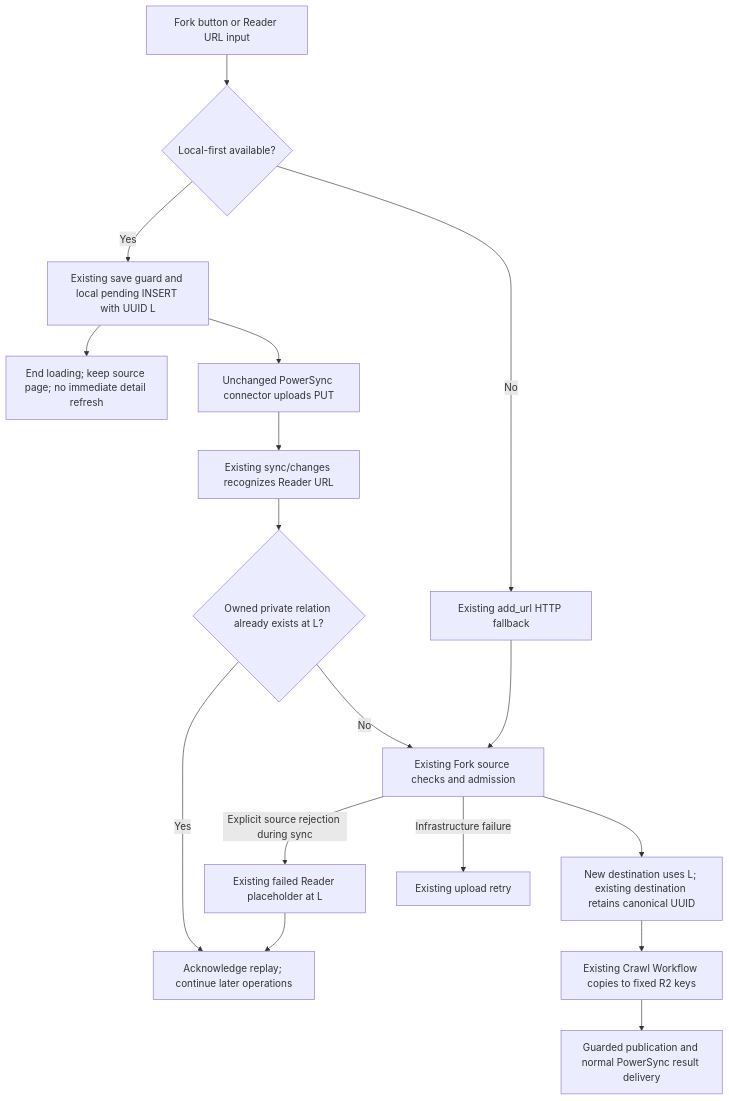
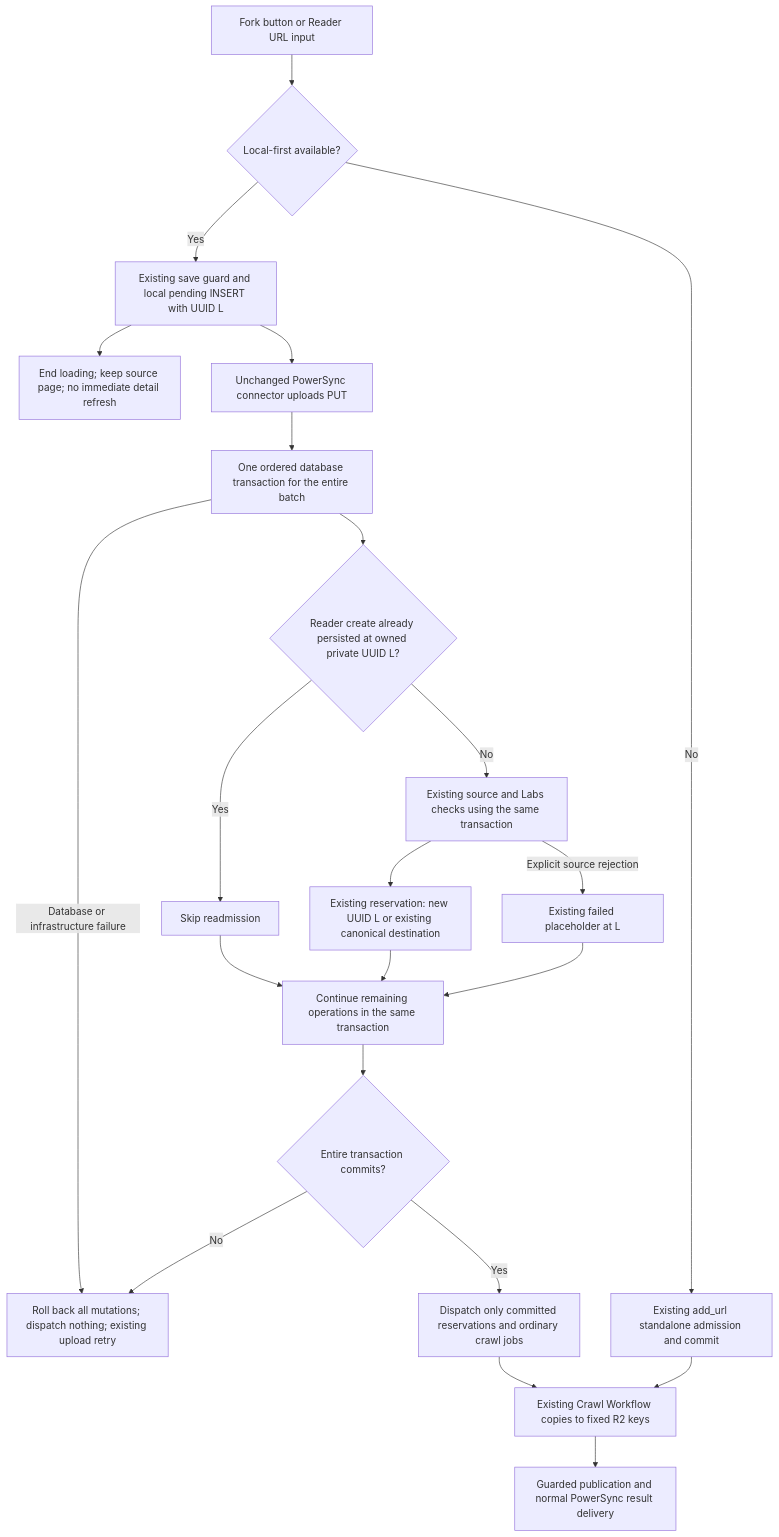
Before and after one commit to slax-lab/slax-reader: the first of 4 diagrams in docs/api/bookmark-fork-fixed-paths.md, drawn with Mermaid. The commit also changed other lines of this file and 18 other files, not shown here.

Commit message:
fix: keep Fork sync admission in the whole batch transaction

````diff
--- a/docs/api/bookmark-fork-fixed-paths.md
+++ b/docs/api/bookmark-fork-fixed-paths.md
@@ -61,19 +61,24 @@
 ```mermaid
 flowchart TD
     A[Fork button or Reader URL input] --> B{Local-first available?}
     B -- Yes --> C[Existing save guard and local pending INSERT with UUID L]
     C --> D[End loading; keep source page; no immediate detail refresh]
     C --> E[Unchanged PowerSync connector uploads PUT]
-    E --> F[Existing sync/changes recognizes Reader URL]
-    F --> G{Owned private relation already exists at L?}
-    G -- Yes --> H[Acknowledge replay; continue later operations]
-    G -- No --> I[Existing Fork source checks and admission]
-    B -- No --> J[Existing add_url HTTP fallback]
-    J --> I
-    I --> K[New destination uses L; existing destination retains canonical UUID]
-    K --> L[Existing Crawl Workflow copies to fixed R2 keys]
+    E --> T[One ordered database transaction for the entire batch]
+    T --> G{Reader create already persisted at owned private UUID L?}
+    G -- Yes --> H[Skip readmission]
+    G -- No --> I[Existing source and Labs checks using the same transaction]
+    I --> K[Existing reservation: new UUID L or existing canonical destination]
+    I -- Explicit source rejection --> N[Existing failed placeholder at L]
+    H --> NEXT[Continue remaining operations in the same transaction]
+    K --> NEXT
+    N --> NEXT
+    NEXT --> CMT{Entire transaction commits?}
+    T -- Database or infrastructure failure --> RB[Roll back all mutations; dispatch nothing; existing upload retry]
+    CMT -- No --> RB
+    CMT -- Yes --> JOB[Dispatch only committed reservations and ordinary crawl jobs]
+    JOB --> L[Existing Crawl Workflow copies to fixed R2 keys]
     L --> M[Guarded publication and normal PowerSync result delivery]
-    I -- Explicit source rejection during sync --> N[Existing failed Reader placeholder at L]
-    N --> H
-    I -- Infrastructure failure --> O[Existing upload retry]
+    B -- No --> HTTP[Existing add_url standalone admission and commit]
+    HTTP --> L
 ```
````
